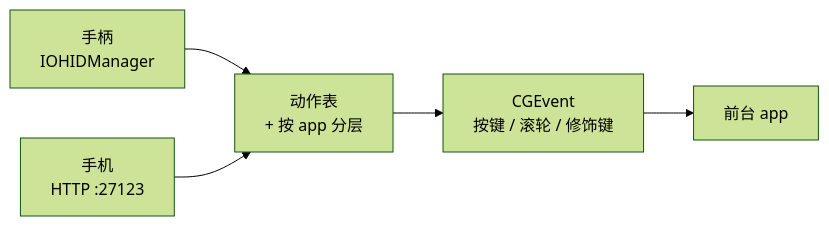
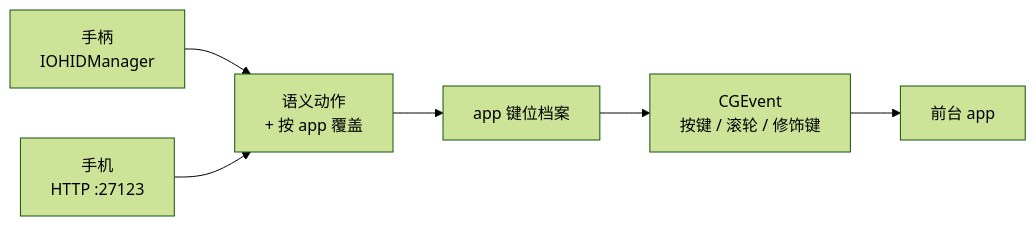
One commit to alizeeblack-code/airemote-mac changed the diagram in README.zh-CN.md. Above: the diagram before and after it, drawn with Mermaid (forest theme). The commit also changed other lines of this file and 14 other files, not shown here.

First line of the commit message:
docs: 中英文各一套截图

````diff
--- a/README.zh-CN.md
+++ b/README.zh-CN.md
@@ -88,7 +127,8 @@
 ```mermaid
 flowchart LR
   C[手柄<br/>IOHIDManager] --> A
   P[手机<br/>HTTP :27123] --> A
-  A[动作表<br/>+ 按 app 分层] --> K[CGEvent<br/>按键 / 滚轮 / 修饰键]
+  A[语义动作<br/>+ 按 app 覆盖] --> B[app 键位档案]
+  B --> K[CGEvent<br/>按键 / 滚轮 / 修饰键]
   K --> M[前台 app]
 ```
````
